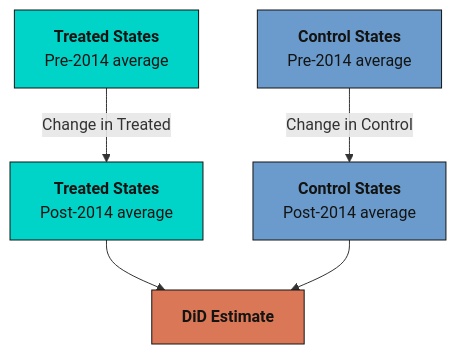
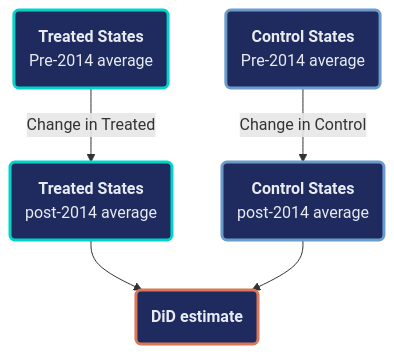
Before and after one commit to cmg777/starter-academic-v501: the second of 4 diagrams in content/post/stata_honestdid/index.md, drawn with Mermaid. The commit also changed other lines of this file and 13 other files, not shown here.

First line of the commit message:
content(mermaid): restyle flowcharts in Stata posts, batch 1 of 2

````diff
--- a/content/post/stata_honestdid/index.md
+++ b/content/post/stata_honestdid/index.md
@@ -370,19 +373,19 @@
 ```mermaid
 graph TD
-    PRE_T["<b>Treated States</b><br/>Pre-2014 average"]
-    PRE_C["<b>Control States</b><br/>Pre-2014 average"]
-    POST_T["<b>Treated States</b><br/>Post-2014 average"]
-    POST_C["<b>Control States</b><br/>Post-2014 average"]
-    DID["<b>DiD Estimate</b>"]
+    PRE_T("<b>Treated States</b><br/>Pre-2014 average")
+    PRE_C("<b>Control States</b><br/>Pre-2014 average")
+    POST_T("<b>Treated States</b><br/>post-2014 average")
+    POST_C("<b>Control States</b><br/>post-2014 average")
+    DID("<b>DiD estimate</b>")
 
     PRE_T -->|"Change in Treated"| POST_T
     PRE_C -->|"Change in Control"| POST_C
     POST_T --> DID
     POST_C --> DID
-
-    style PRE_T fill:#00d4c8,stroke:#141413,color:#141413
-    style POST_T fill:#00d4c8,stroke:#141413,color:#141413
-    style PRE_C fill:#6a9bcc,stroke:#141413,color:#141413
-    style POST_C fill:#6a9bcc,stroke:#141413,color:#141413
-    style DID fill:#d97757,stroke:#141413,color:#141413
+    classDef teal fill:#1f2b5e,stroke:#00d4c8,stroke-width:3px,color:#e8ecf2
+    classDef blue fill:#1f2b5e,stroke:#6a9bcc,stroke-width:3px,color:#e8ecf2
+    classDef orange fill:#1f2b5e,stroke:#d97757,stroke-width:3px,color:#e8ecf2
+    class PRE_T,POST_T teal
+    class PRE_C,POST_C blue
+    class DID orange
 ```
````
